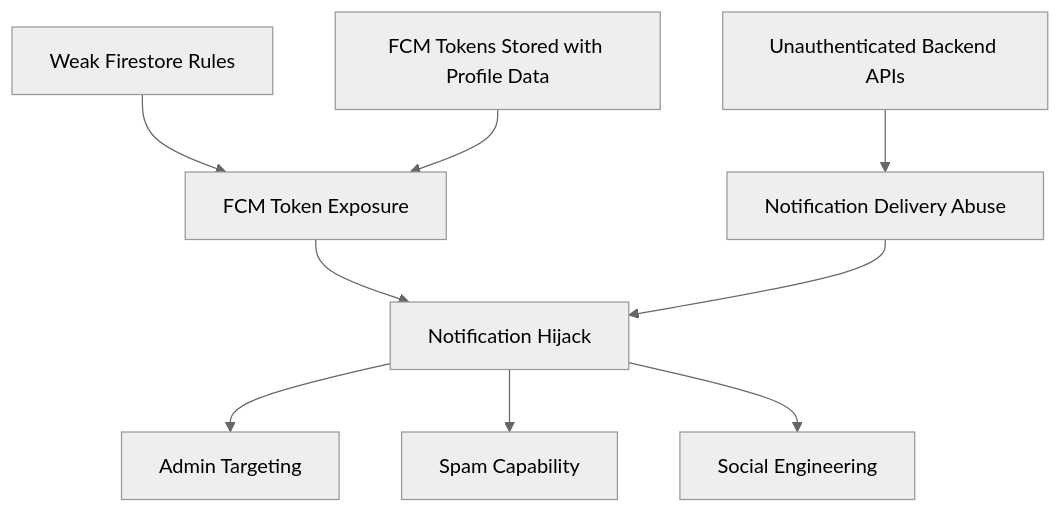
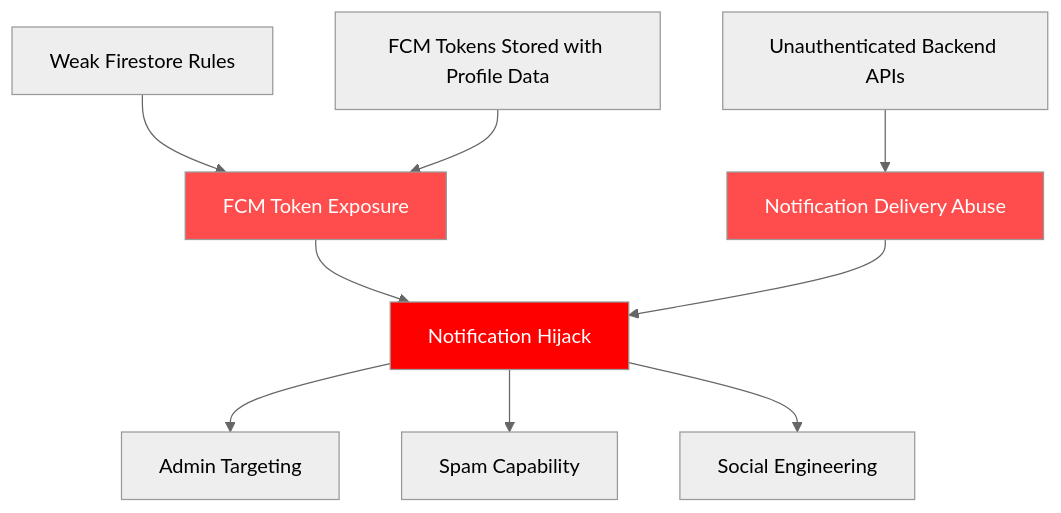
One commit to riteshekbote/FirebaseNotificationHijack changed the sixth of 7 diagrams in README.md. Above: the diagram before and after it, drawn with Mermaid (neutral theme). The commit also changed other lines of this file, not shown here.

````diff
--- a/README.md
+++ b/README.md
@@ -776,20 +784,24 @@
 ```mermaid
 flowchart TD
 
-A[Weak Firestore Rules]
---> D[FCM Token Exposure]
+A["Weak Firestore Rules"]
+--> D["FCM Token Exposure"]
 
-B[Unauthenticated Backend APIs]
---> E[Notification Delivery Abuse]
+B["Unauthenticated Backend APIs"]
+--> E["Notification Delivery Abuse"]
 
-C[FCM Tokens Stored with Profile Data]
+C["FCM Tokens Stored with Profile Data"]
 --> D
 
-D --> F[Notification Hijack]
+D --> F["Notification Hijack"]
 
 E --> F
 
-F --> G[Admin Targeting]
-F --> H[Spam Capability]
-F --> I[Social Engineering]
+F --> G["Admin Targeting"]
+F --> H["Spam Capability"]
+F --> I["Social Engineering"]
+
+style D fill:#ff4d4d,color:#ffffff
+style E fill:#ff4d4d,color:#ffffff
+style F fill:#ff0000,color:#ffffff
 ```
````
